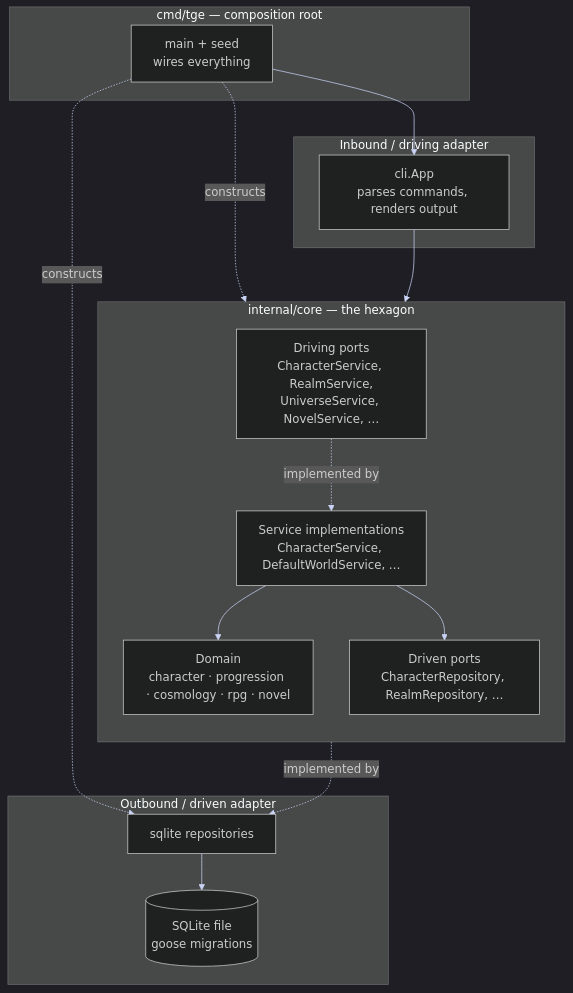
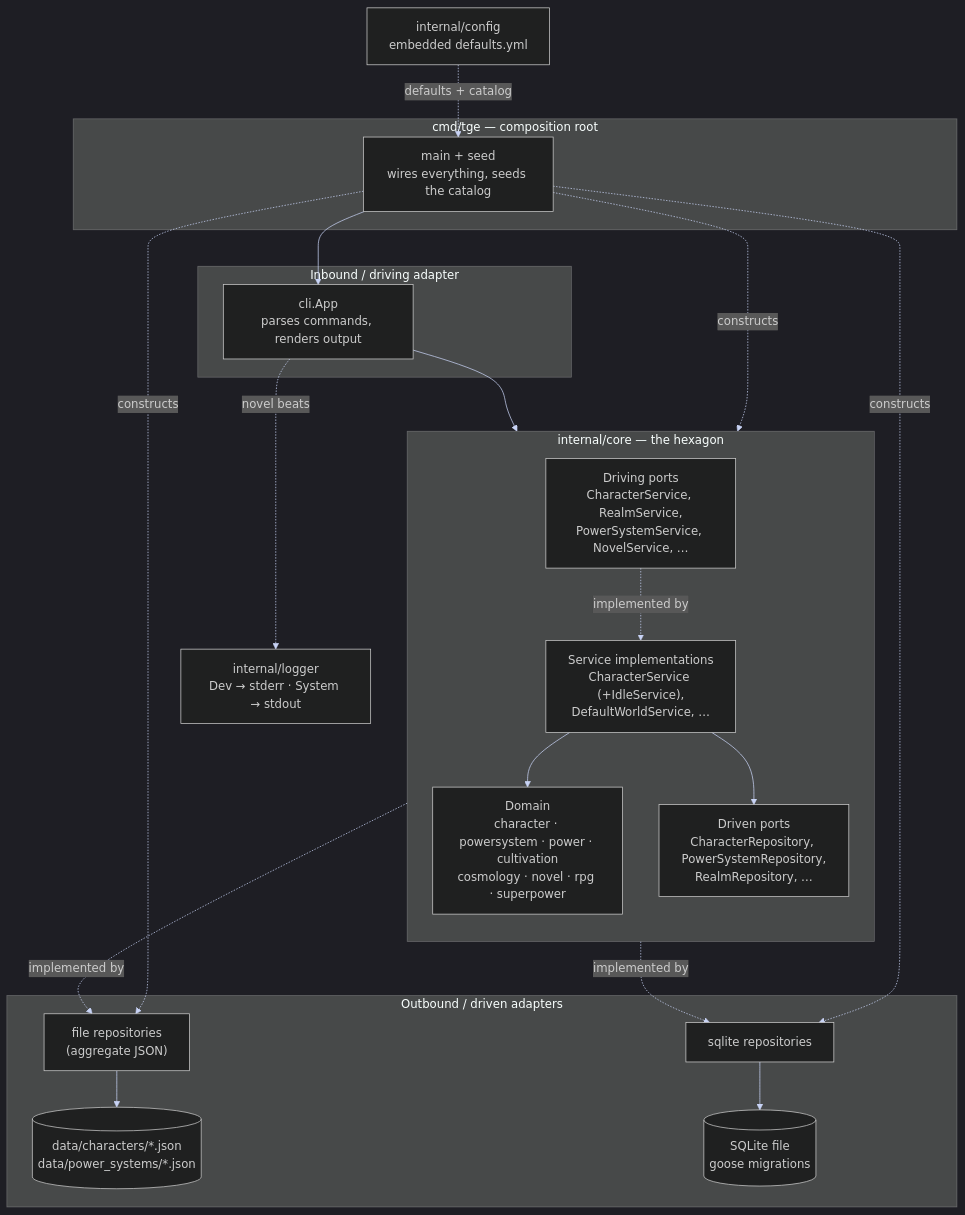
The diagram in ai/docs/diagrams/architecture.md (backendsouls/tge), drawn with Mermaid before and after one commit. The commit also changed other lines of this file and 20 other files, not shown here.

````diff
--- a/ai/docs/diagrams/architecture.md
+++ b/ai/docs/diagrams/architecture.md
@@ -3,34 +3,44 @@
 ```mermaid
 %%{init: {"theme":"dark","themeVariables":{"lineColor":"#c8d3f5"},"themeCSS":".edgePath path,.flowchart-link{stroke-width:2px} .messageLine0,.messageLine1{stroke-width:2px} .relation{stroke-width:2px} .actor{stroke-width:2px} .node rect,.node circle,.node polygon,.node path{stroke-width:2px} .cluster rect{stroke-width:2px}"}}%%
 flowchart TB
     subgraph Root["cmd/tge — composition root"]
-        MAIN["main + seed<br/>wires everything"]
+        MAIN["main + seed<br/>wires everything, seeds the catalog"]
     end
 
     subgraph Driving["Inbound / driving adapter"]
         CLI["cli.App<br/>parses commands, renders output"]
     end
 
     subgraph Core["internal/core — the hexagon"]
         direction TB
-        DP["Driving ports<br/>CharacterService, RealmService,<br/>UniverseService, NovelService, …"]
-        SVC["Service implementations<br/>CharacterService, DefaultWorldService, …"]
-        DOMAIN["Domain<br/>character · progression · cosmology · rpg · novel"]
-        DR["Driven ports<br/>CharacterRepository, RealmRepository, …"]
+        DP["Driving ports<br/>CharacterService, RealmService,<br/>PowerSystemService, NovelService, …"]
+        SVC["Service implementations<br/>CharacterService (+IdleService),<br/>DefaultWorldService, …"]
+        DOMAIN["Domain<br/>character · powersystem · power · cultivation<br/>cosmology · novel · rpg · superpower"]
+        DR["Driven ports<br/>CharacterRepository, PowerSystemRepository,<br/>RealmRepository, …"]
     end
 
-    subgraph Driven["Outbound / driven adapter"]
+    subgraph Driven["Outbound / driven adapters"]
+        FILE["file repositories<br/>(aggregate JSON)"]
         SQLITE["sqlite repositories"]
+        JSON[("data/characters/*.json<br/>data/power_systems/*.json")]
         DB[("SQLite file<br/>goose migrations")]
     end
+
+    CFG["internal/config<br/>embedded defaults.yml"]
+    LOG["internal/logger<br/>Dev → stderr · System → stdout"]
 
     MAIN --> CLI
     MAIN -. constructs .-> SVC
     MAIN -. constructs .-> SQLITE
+    MAIN -. constructs .-> FILE
+    CFG -. defaults + catalog .-> MAIN
+    CLI -. novel beats .-> LOG
     CLI --> DP
     DP -. implemented by .-> SVC
     SVC --> DOMAIN
     SVC --> DR
     DR -. implemented by .-> SQLITE
+    DR -. implemented by .-> FILE
     SQLITE --> DB
+    FILE --> JSON
 ```
````
